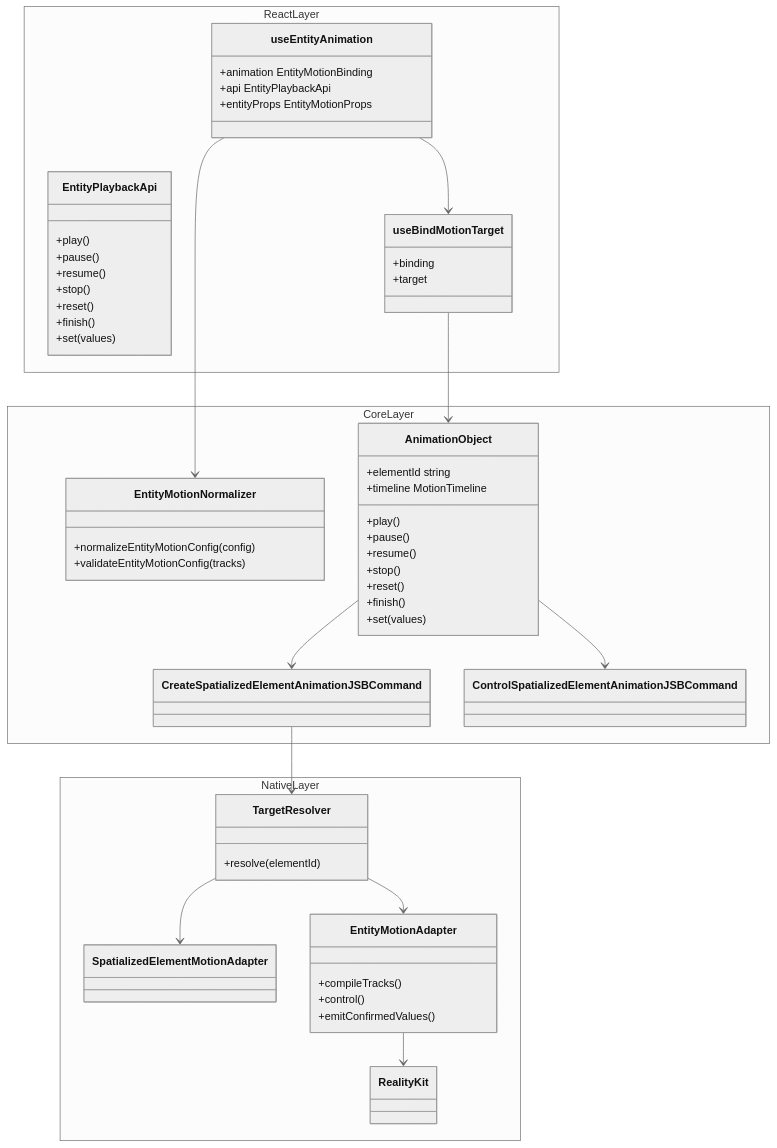
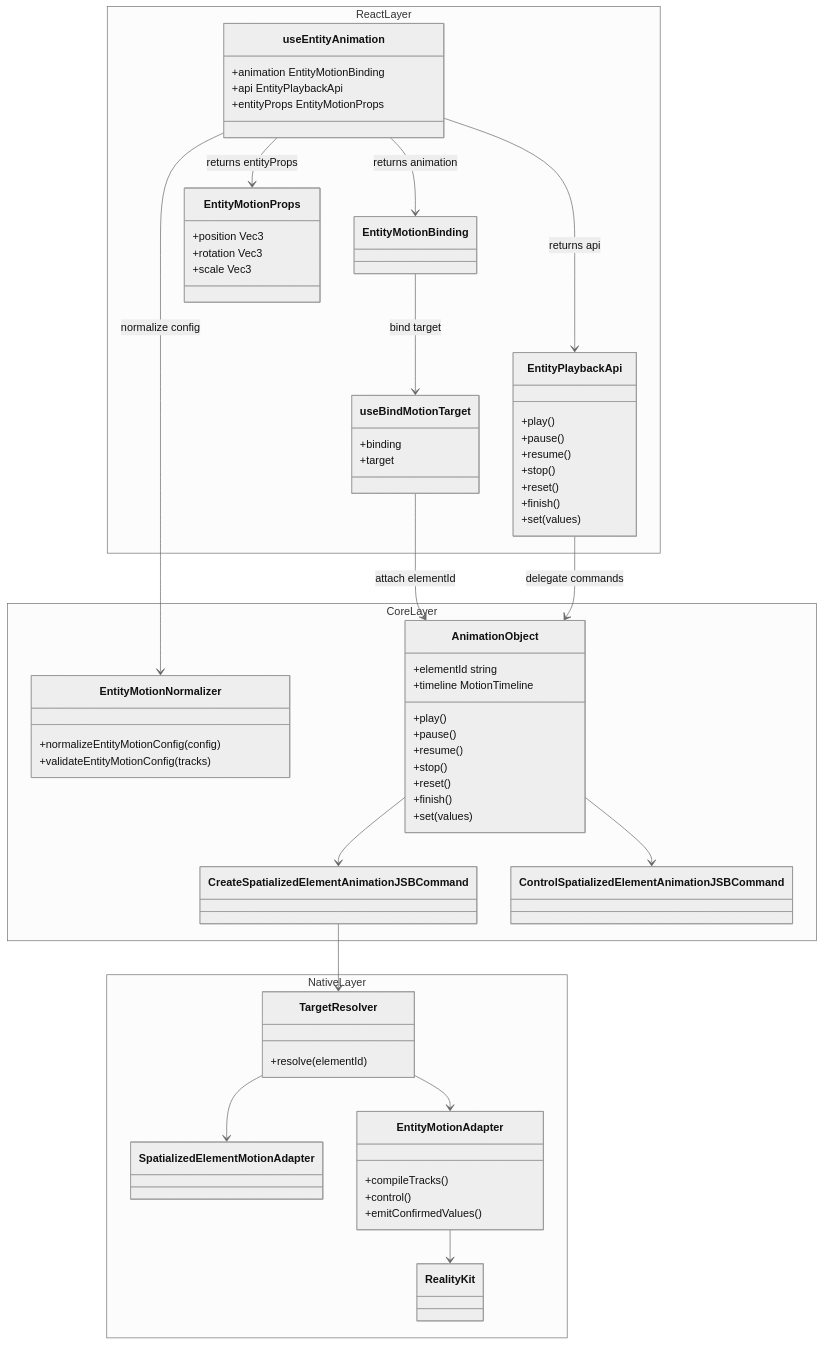
The sixth of 6 diagrams in openspec/changes/redesign-entity-motion-api/design.md (webspatial/webspatial-sdk), drawn with Mermaid (neutral theme) before and after one commit. The commit also changed other lines of this file and 1 other file, not shown here.

````diff
--- a/openspec/changes/redesign-entity-motion-api/design.md
+++ b/openspec/changes/redesign-entity-motion-api/design.md
@@ -496,63 +513,73 @@
 ```mermaid
 classDiagram
     namespace ReactLayer {
         class useEntityAnimation {
             +animation EntityMotionBinding
             +api EntityPlaybackApi
             +entityProps EntityMotionProps
         }
         class EntityPlaybackApi {
             +play()
             +pause()
             +resume()
             +stop()
             +reset()
             +finish()
             +set(values)
+        }
+        class EntityMotionBinding
+        class EntityMotionProps {
+            +position Vec3
+            +rotation Vec3
+            +scale Vec3
         }
         class useBindMotionTarget {
             +binding
             +target
         }
     }
     namespace CoreLayer {
         class EntityMotionNormalizer {
             +normalizeEntityMotionConfig(config)
             +validateEntityMotionConfig(tracks)
         }
         class AnimationObject {
             +elementId string
             +timeline MotionTimeline
             +play()
             +pause()
             +resume()
             +stop()
             +reset()
             +finish()
             +set(values)
         }
         class CreateSpatializedElementAnimationJSBCommand
         class ControlSpatializedElementAnimationJSBCommand
     }
     namespace NativeLayer {
         class TargetResolver {
             +resolve(elementId)
         }
         class SpatializedElementMotionAdapter
         class EntityMotionAdapter {
             +compileTracks()
             +control()
             +emitConfirmedValues()
         }
         class RealityKit
     }
-    useEntityAnimation --> EntityMotionNormalizer
-    useEntityAnimation --> useBindMotionTarget
-    useBindMotionTarget --> AnimationObject
+    useEntityAnimation --> EntityMotionBinding : returns animation
+    useEntityAnimation --> EntityPlaybackApi : returns api
+    useEntityAnimation --> EntityMotionProps : returns entityProps
+    useEntityAnimation --> EntityMotionNormalizer : normalize config
+    EntityMotionBinding --> useBindMotionTarget : bind target
+    useBindMotionTarget --> AnimationObject : attach elementId
+    EntityPlaybackApi --> AnimationObject : delegate commands
     AnimationObject --> CreateSpatializedElementAnimationJSBCommand
     AnimationObject --> ControlSpatializedElementAnimationJSBCommand
     CreateSpatializedElementAnimationJSBCommand --> TargetResolver
     TargetResolver --> SpatializedElementMotionAdapter
     TargetResolver --> EntityMotionAdapter
     EntityMotionAdapter --> RealityKit
 ```
````
